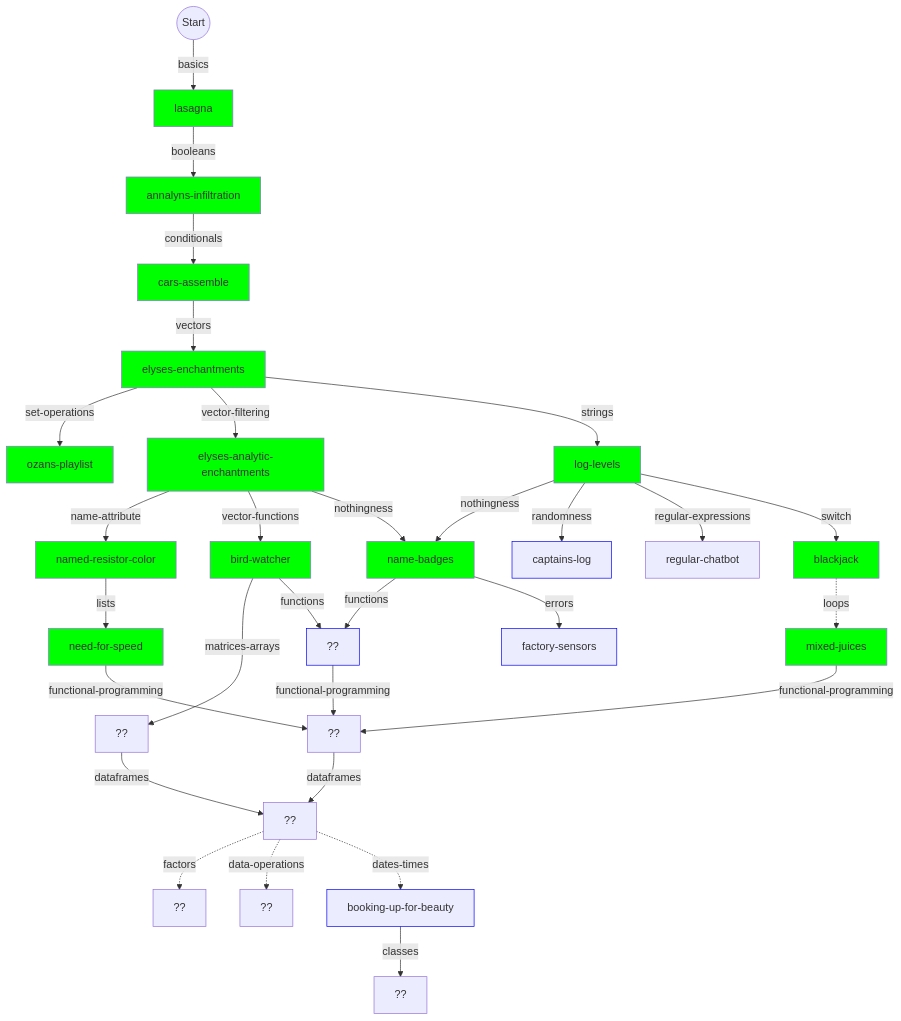
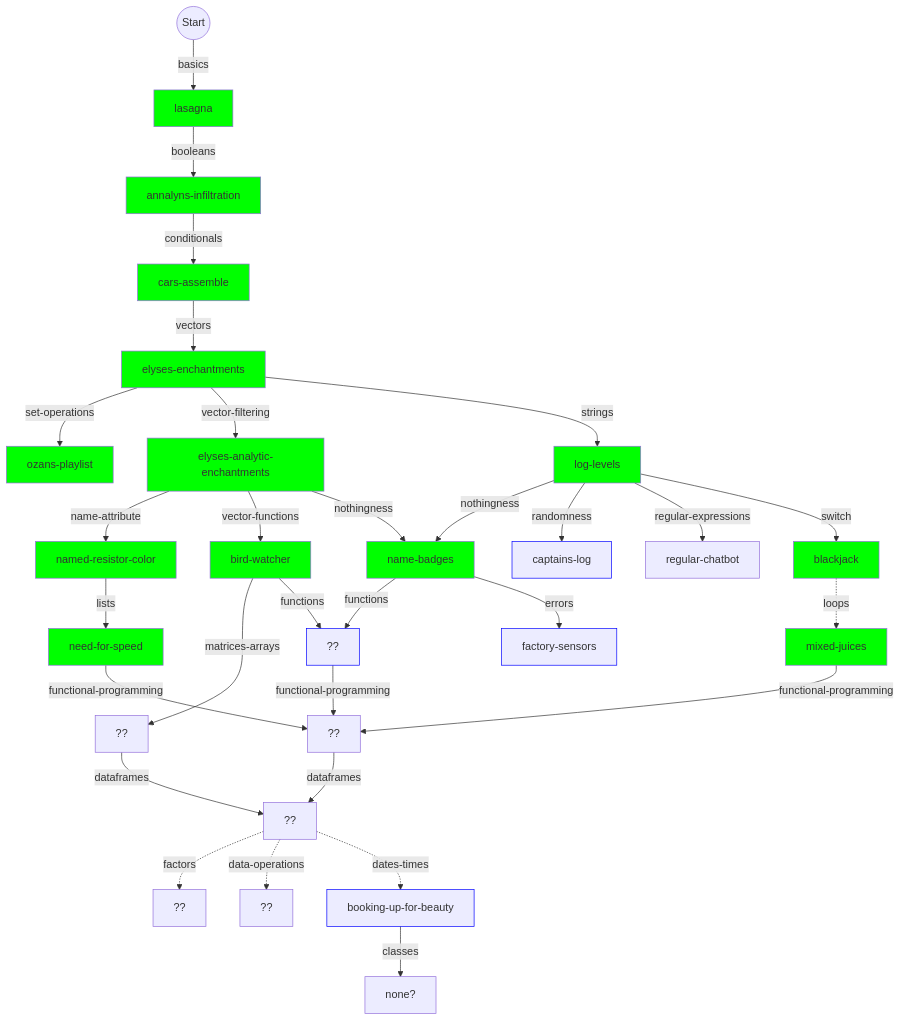
The first of 2 diagrams in r/flowchart.md (colinleach/learning-track-doodles), drawn with Mermaid before and after one commit. The commit also changed other lines of this file and 1 other file, not shown here.

````diff
--- a/r/flowchart.md
+++ b/r/flowchart.md
@@ -10,75 +10,75 @@
 ```mermaid
 graph TD
     
 start(("Start")) --basics--> basics["lasagna"]
 style basics fill:#0f0
 
 basics --booleans--> booleans["annalyns-infiltration"]
 style booleans fill:#0f0
 
 booleans --conditionals--> conditionals["cars-assemble"]
 style conditionals fill:#0f0
 
 conditionals --vectors--> vectors["elyses-enchantments"]
 style vectors fill:#0f0
 
 switch -.loops.-> loops["mixed-juices"]
 style loops fill:#0f0
 
 vectors --set-operations--> set-operations["ozans-playlist"]
 style set-operations fill:#0f0
 
 name-attribute --lists--> lists["need-for-speed"]
 style lists fill:#0f0
 
 vectors --vector-filtering--> vector-filtering["elyses-analytic-enchantments"]
 style vector-filtering fill:#0f0
 
 vector-filtering --name-attribute--> name-attribute["named-resistor-color"]
 style name-attribute fill:#0f0
 
 vector-filtering --vector-functions--> vector-functions["bird-watcher"]
 style vector-functions fill:#0f0
 
 vectors --strings--> strings["log-levels"]
 style strings fill:#0f0
 
 vector-filtering --nothingness--> nothingness["name-badges"]
 strings --nothingness--> nothingness["name-badges"]
 style nothingness fill:#0f0
 
 strings --randomness--> randomness["captains-log"]
 style randomness stroke:#00f
 
 strings --regular-expressions--> regular-expressions["regular-chatbot"]
 
 strings --switch--> switch["blackjack"]
 style switch fill:#0f0
 
 lists --functional-programming--> functional-programming["??"]
 functions --functional-programming--> functional-programming["??"]
 loops --functional-programming--> functional-programming["??"]
 
 vector-functions --matrices-arrays--> matrices-arrays["??"]
 style functions stroke:#00f
 
 functional-programming --dataframes--> dataframes["??"]
 
 matrices-arrays --dataframes--> dataframes
 
 dataframes -.factors.-> factors["??"]
 
 dataframes -.data-operations.-> data-operations["??"]
 
 dataframes -.dates-times.-> dates-times["booking-up-for-beauty"]
 
 vector-functions --functions--> functions["??"]
 nothingness --functions--> functions["??"]
 
 nothingness --errors--> errors["factory-sensors "]
 style errors stroke:#00f
 
-dates-times --classes--> classes["??"]
+dates-times --classes--> classes["none?"]
 style dates-times stroke:#00f
 
 ```
````
